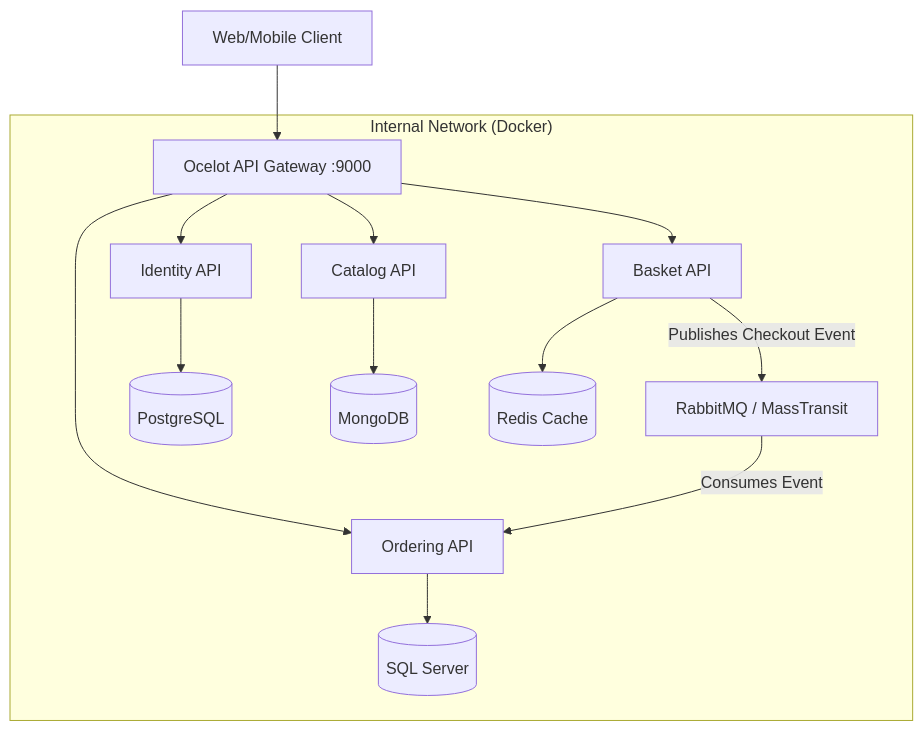
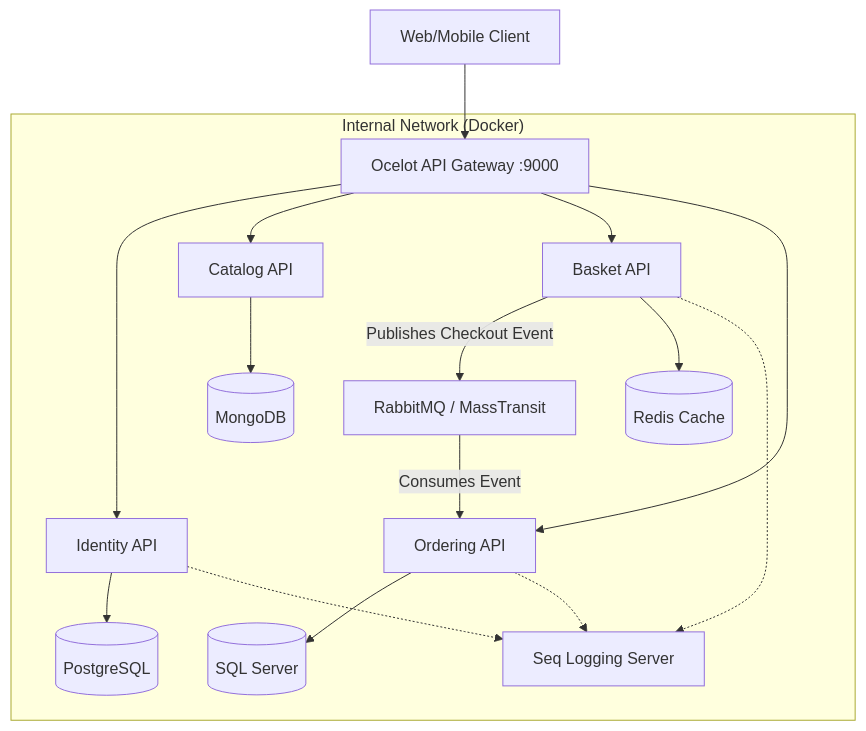
One commit to amirhosein2015/CoreSupply changed the diagram in README.md. Above: the diagram before and after it, drawn with Mermaid. The commit also changed other lines of this file, not shown here.

First line of the commit message:
Revise README for architecture and observability updates

````diff
--- a/README.md
+++ b/README.md
@@ -20,19 +19,23 @@
 ```mermaid
 graph TD
     Client[Web/Mobile Client] --> Gateway[Ocelot API Gateway :9000]
     
     subgraph "Internal Network (Docker)"
         Gateway --> Identity[Identity API]
         Gateway --> Catalog[Catalog API]
         Gateway --> Basket[Basket API]
         Gateway --> Ordering[Ordering API]
         
         Basket -- Publishes Checkout Event --> EventBus[RabbitMQ / MassTransit]
         EventBus -- Consumes Event --> Ordering
         
         Identity --> AuthDB[(PostgreSQL)]
         Catalog --> CatDB[(MongoDB)]
         Basket --> Redis[(Redis Cache)]
         Ordering --> OrderDB[(SQL Server)]
+        
+        Ordering -.-> Seq[Seq Logging Server]
+        Basket -.-> Seq
+        Identity -.-> Seq
     end
 ```
````
